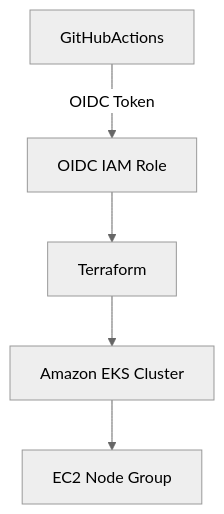
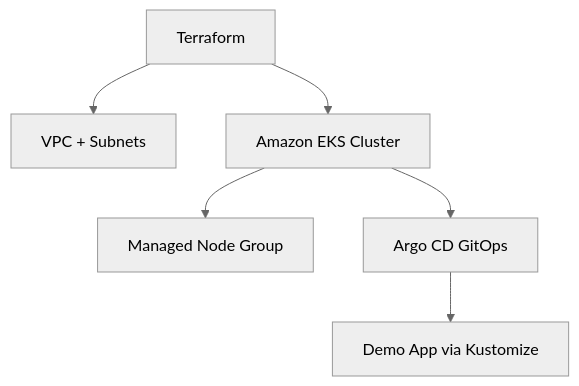
One commit to RedLeopard/project-spectrum changed the diagram in README.md. Above: the diagram before and after it, drawn with Mermaid (neutral theme). The commit also changed other lines of this file, not shown here.

````diff
--- a/README.md
+++ b/README.md
@@ -14,7 +15,8 @@
 ```mermaid  
 graph TD  
-    GitHubActions -->|OIDC Token| IAM[OIDC IAM Role]  
-    IAM --> Terraform  
-    Terraform --> EKS[Amazon EKS Cluster]  
-    EKS --> Nodes[EC2 Node Group]  
+    Terraform --> VPC[VPC + Subnets]
+    Terraform --> EKS[Amazon EKS Cluster]
+    EKS --> Nodes[Managed Node Group]
+    EKS --> Argo[Argo CD GitOps]
+    Argo --> Demo[Demo App via Kustomize]
 ```  
````
